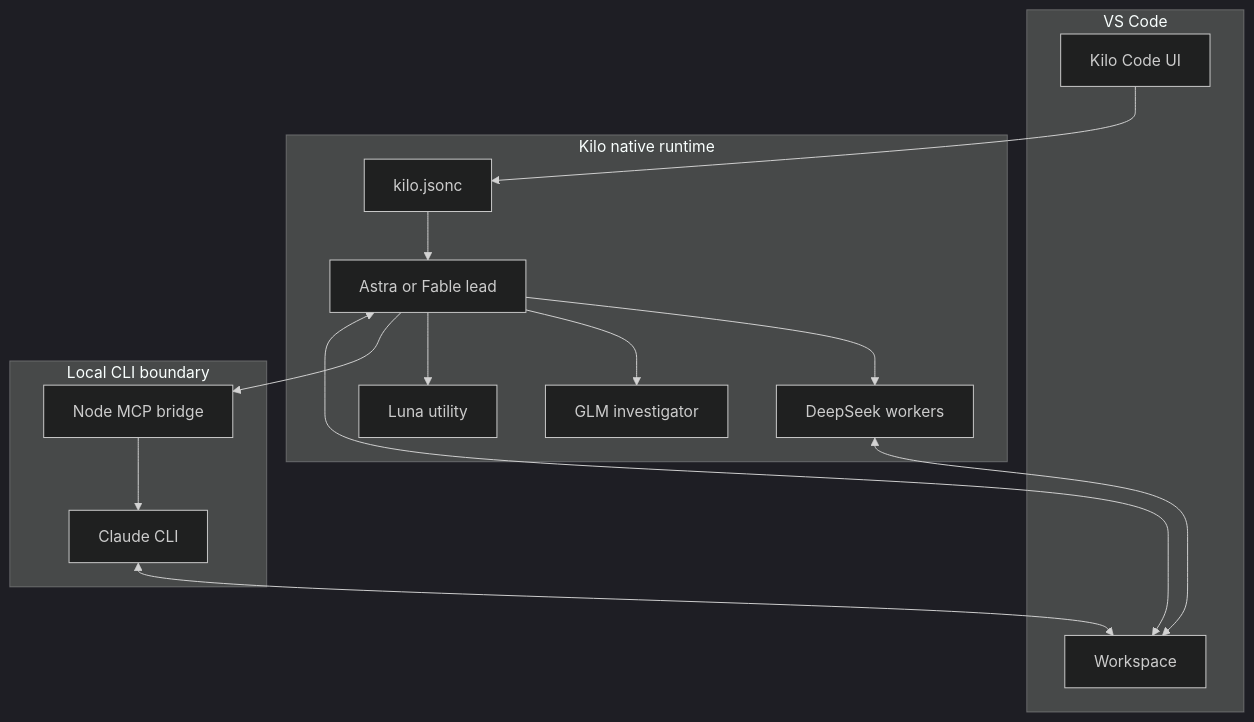
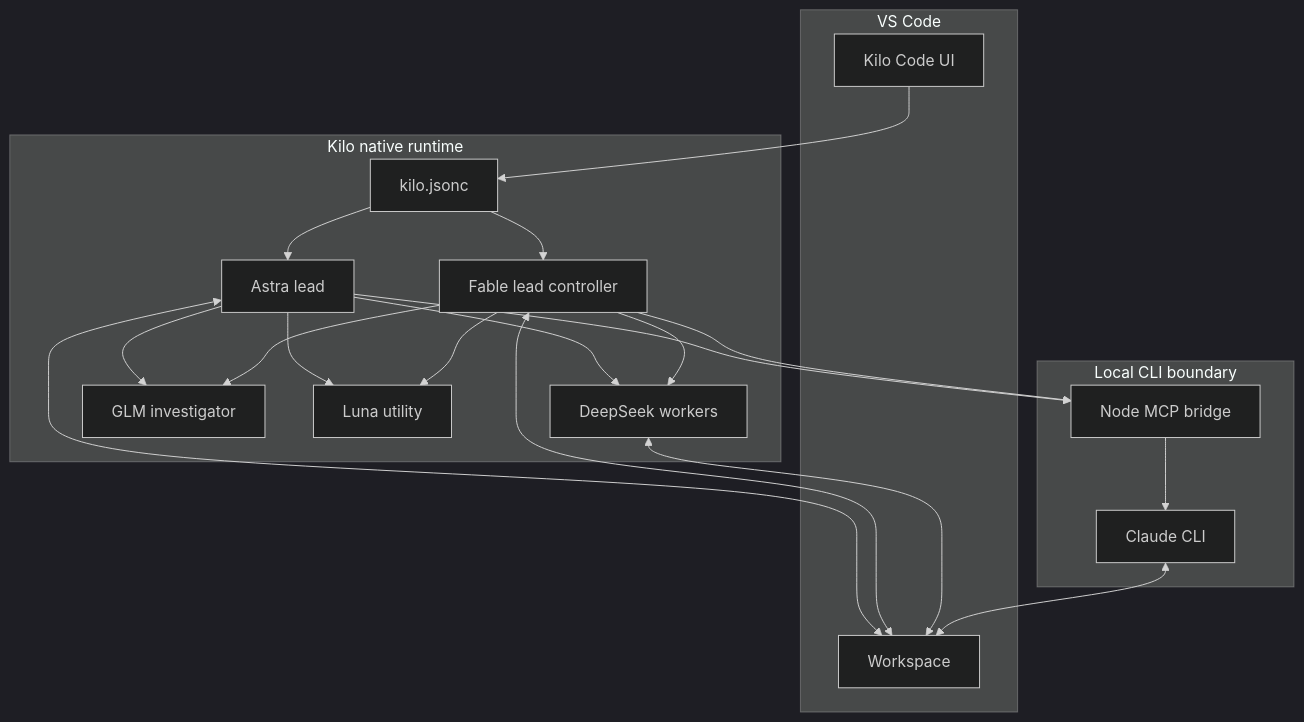
Before and after one commit to shrikrishna-skg/vs-code-configuration: the diagram in docs/architecture.md, drawn with Mermaid (dark theme). The commit also changed other lines of this file and 36 other files, not shown here.

````diff
--- a/docs/architecture.md
+++ b/docs/architecture.md
@@ -12,26 +12,33 @@
 ```mermaid
 flowchart TB
     subgraph Editor[VS Code]
       UI[Kilo Code UI]
       WS[Workspace]
     end
     subgraph Native[Kilo native runtime]
       CFG[kilo.jsonc]
-      LEAD[Astra or Fable lead]
+      ASTRA[Astra lead]
+      FCTRL[Fable lead controller]
       DS[DeepSeek workers]
       GLM[GLM investigator]
       LUNA[Luna utility]
     end
     subgraph Local[Local CLI boundary]
       MCP[Node MCP bridge]
       CLI[Claude CLI]
     end
-    UI --> CFG --> LEAD
-    LEAD --> DS
-    LEAD --> GLM
-    LEAD --> LUNA
-    LEAD --> MCP --> CLI
-    LEAD <--> WS
+    UI --> CFG --> ASTRA
+    CFG --> FCTRL
+    ASTRA --> DS
+    ASTRA --> GLM
+    ASTRA --> LUNA
+    ASTRA --> MCP
+    FCTRL --> DS
+    FCTRL --> GLM
+    FCTRL --> LUNA
+    FCTRL --> MCP --> CLI
+    ASTRA <--> WS
+    FCTRL <--> WS
     DS <--> WS
     CLI <--> WS
 ```
````
